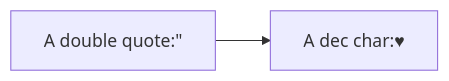
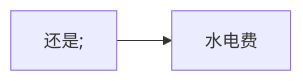
Before and after one commit to zciyi/test: the first of 2 diagrams in README.md, drawn with Mermaid.

````diff
--- a/README.md
+++ b/README.md
@@ -4,5 +4,5 @@
 ```mermaid
 flowchart LR
-        A["A double quote:#quot;"] -->B["A dec char:#9829;"]
+        A["还是;"] -->B["水电费"]
 
 ```
````
